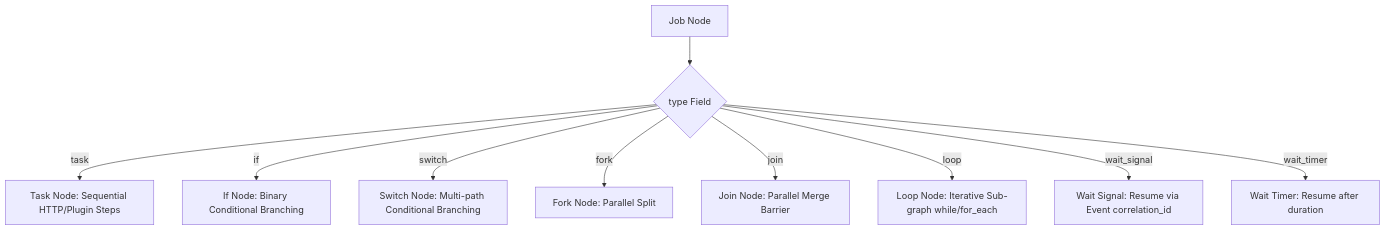
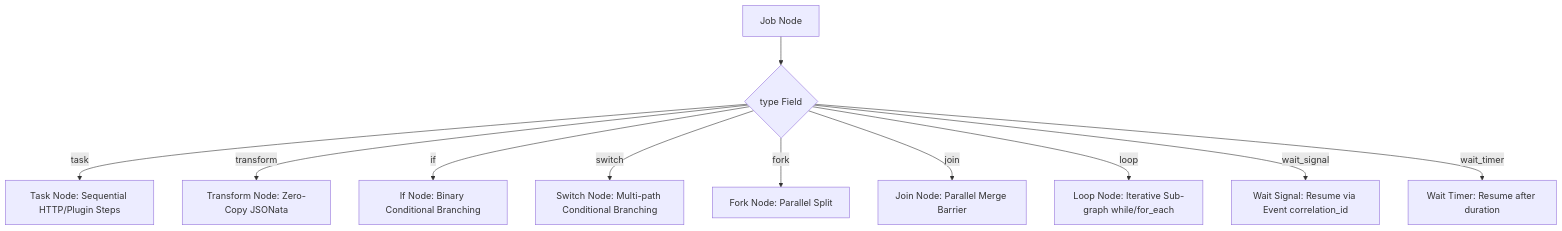
The second of 2 diagrams in specs/SPEC.md (Shammas44/nestor), drawn with Mermaid before and after one commit. The commit also changed other lines of this file and 8 other files, not shown here.

````diff
--- a/specs/SPEC.md
+++ b/specs/SPEC.md
@@ -84,12 +84,13 @@
 ```mermaid
 graph TD
     Job[Job Node] --> Type{type Field}
     Type -->|task| Task[Task Node: Sequential HTTP/Plugin Steps]
+    Type -->|transform| Transform[Transform Node: Zero-Copy JSONata]
     Type -->|if| If[If Node: Binary Conditional Branching]
     Type -->|switch| Switch[Switch Node: Multi-path Conditional Branching]
     Type -->|fork| Fork[Fork Node: Parallel Split]
     Type -->|join| Join[Join Node: Parallel Merge Barrier]
     Type -->|loop| Loop[Loop Node: Iterative Sub-graph while/for_each]
     Type -->|wait_signal| WaitS[Wait Signal: Resume via Event correlation_id]
     Type -->|wait_timer| WaitT[Wait Timer: Resume after duration]
 ```
````
